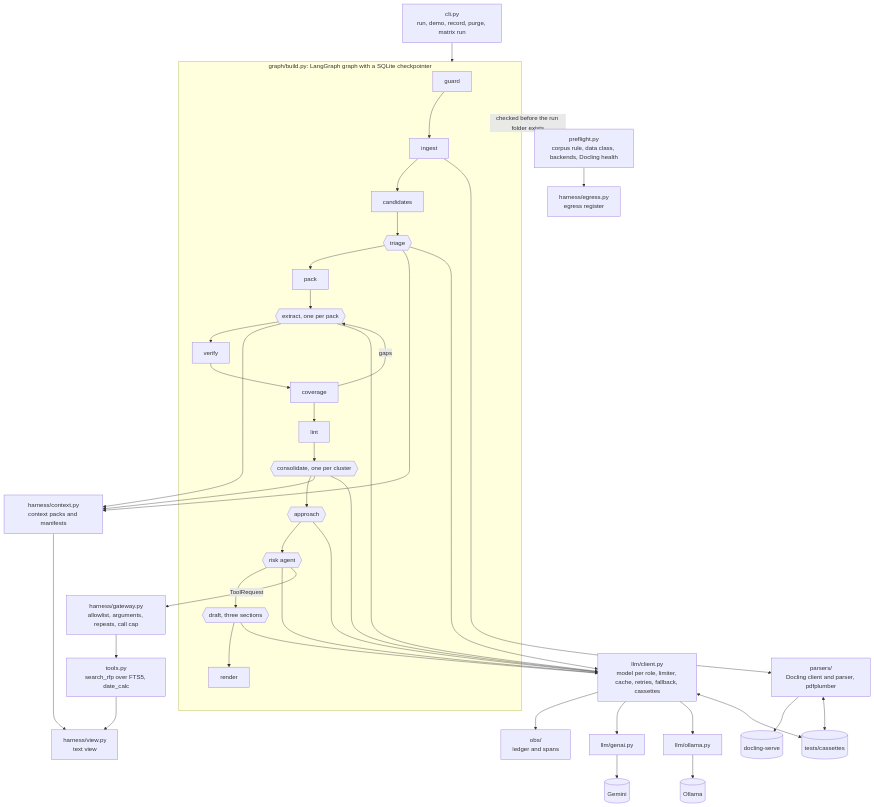
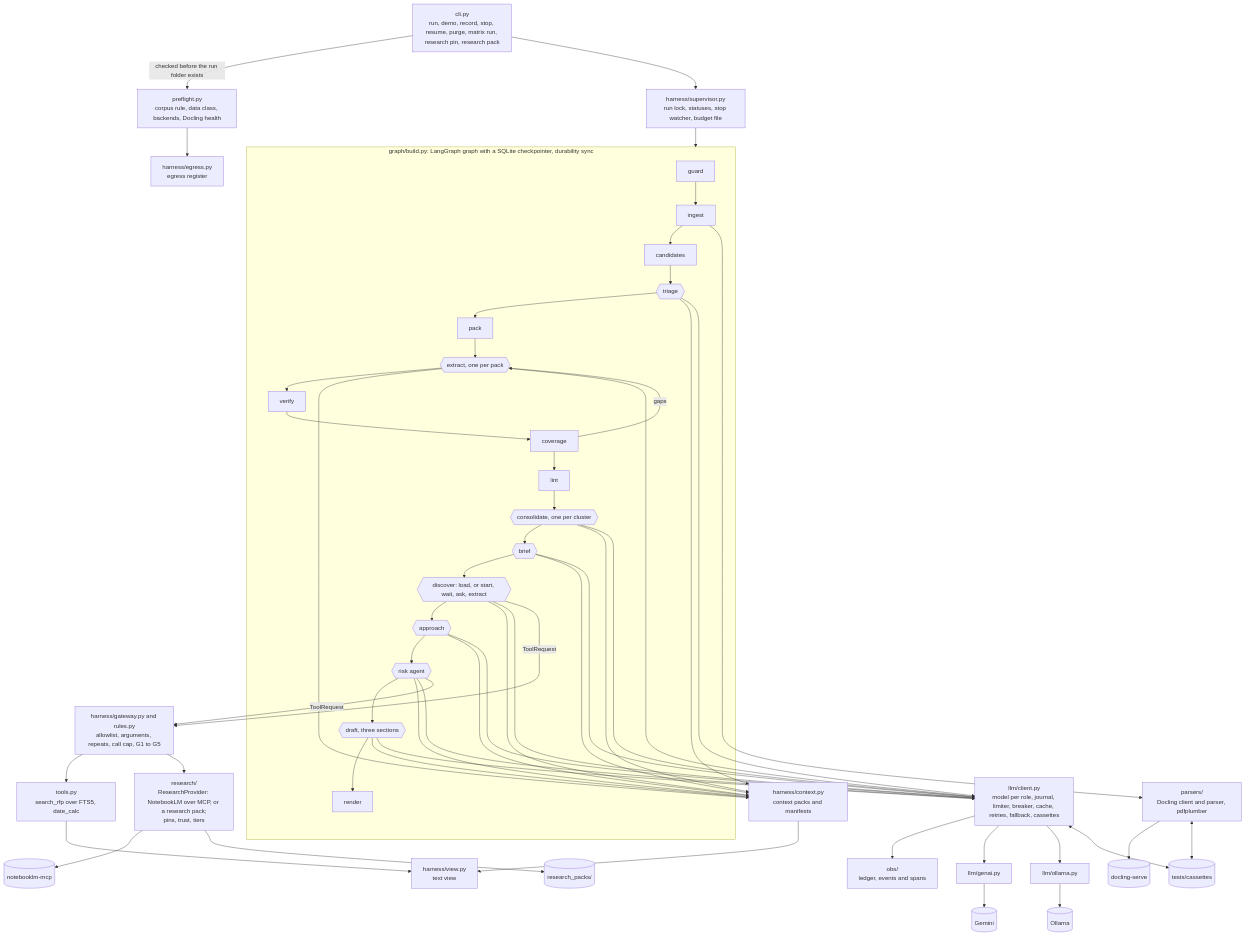
Before and after one commit to chouaibhoues-code/bidwright-rfp-agent: the second of 3 diagrams in docs/architecture.md, drawn with Mermaid. The commit also changed other lines of this file and 70 other files, not shown here.

````diff
--- a/docs/architecture.md
+++ b/docs/architecture.md
@@ -150,49 +164,59 @@
 ```mermaid
 flowchart TB
-    cli["cli.py<br/>run, demo, record, purge, matrix run"]
+    cli["cli.py<br/>run, demo, record, stop, resume, purge, matrix run, research pin, research pack"]
     pre["preflight.py<br/>corpus rule, data class, backends, Docling health"]
-    subgraph lg["graph/build.py: LangGraph graph with a SQLite checkpointer"]
+    sup["harness/supervisor.py<br/>run lock, statuses, stop watcher, budget file"]
+    subgraph lg["graph/build.py: LangGraph graph with a SQLite checkpointer, durability sync"]
         guard["guard"]
         ingest["ingest"]
         cand["candidates"]
         triage{{"triage"}}
         pack["pack"]
         extract{{"extract, one per pack"}}
         verify["verify"]
         coverage["coverage"]
         lint["lint"]
         cons{{"consolidate, one per cluster"}}
+        brief{{"brief"}}
+        disc{{"discover: load, or start, wait, ask, extract"}}
         approach{{"approach"}}
         risk{{"risk agent"}}
         draft{{"draft, three sections"}}
         render["render"]
     end
     view["harness/view.py<br/>text view"]
     ctxm["harness/context.py<br/>context packs and manifests"]
-    client["llm/client.py<br/>model per role, limiter, cache, retries, fallback, cassettes"]
-    gateway["harness/gateway.py<br/>allowlist, arguments, repeats, call cap"]
+    client["llm/client.py<br/>model per role, journal, limiter, breaker, cache, retries, fallback, cassettes"]
+    gateway["harness/gateway.py and rules.py<br/>allowlist, arguments, repeats, call cap, G1 to G5"]
     tools["tools.py<br/>search_rfp over FTS5, date_calc"]
+    prov["research/<br/>ResearchProvider: NotebookLM over MCP, or a research pack;<br/>pins, trust, tiers"]
     egress["harness/egress.py<br/>egress register"]
     parsers["parsers/<br/>Docling client and parser, pdfplumber"]
-    obs["obs/<br/>ledger and spans"]
+    obs["obs/<br/>ledger, events and spans"]
     genai["llm/genai.py"] --> gem[("Gemini")]
     oll["llm/ollama.py"] --> ol[("Ollama")]
     dcs[("docling-serve")]
+    nlm[("notebooklm-mcp")]
+    rp[("research_packs/")]
     cass[("tests/cassettes")]
 
-    cli --> lg
-    lg -- "checked before the run folder exists" --> pre
+    cli -- "checked before the run folder exists" --> pre
+    cli --> sup --> lg
     pre --> egress
     guard --> ingest --> cand --> triage --> pack --> extract --> verify --> coverage
     coverage -- "gaps" --> extract
-    coverage --> lint --> cons --> approach --> risk --> draft --> render
+    coverage --> lint --> cons --> brief --> disc --> approach --> risk --> draft --> render
     ingest --> parsers --> dcs
-    triage & extract & cons --> ctxm --> view
-    triage & extract & cons & approach & risk & draft --> client
+    triage & extract & cons & brief & disc & approach & risk & draft --> ctxm
+    ctxm --> view
+    triage & extract & cons & brief & disc & approach & risk & draft --> client
     risk -- "ToolRequest" --> gateway --> tools --> view
+    disc -- "ToolRequest" --> gateway --> prov
+    prov --> nlm
+    prov --> rp
     client --> obs
     client --> genai
     client --> oll
     client <--> cass
     parsers <--> cass
 ```
````
